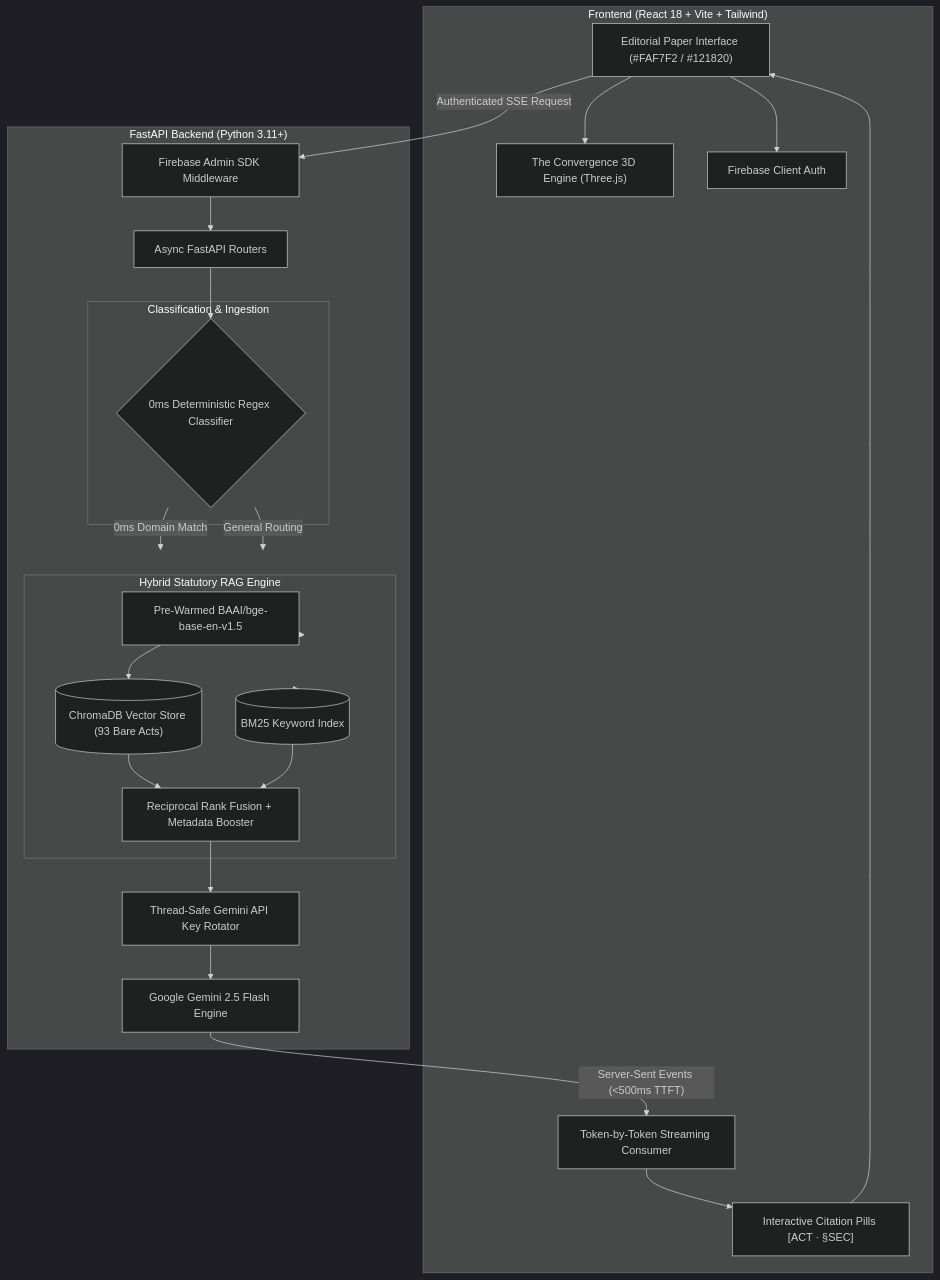
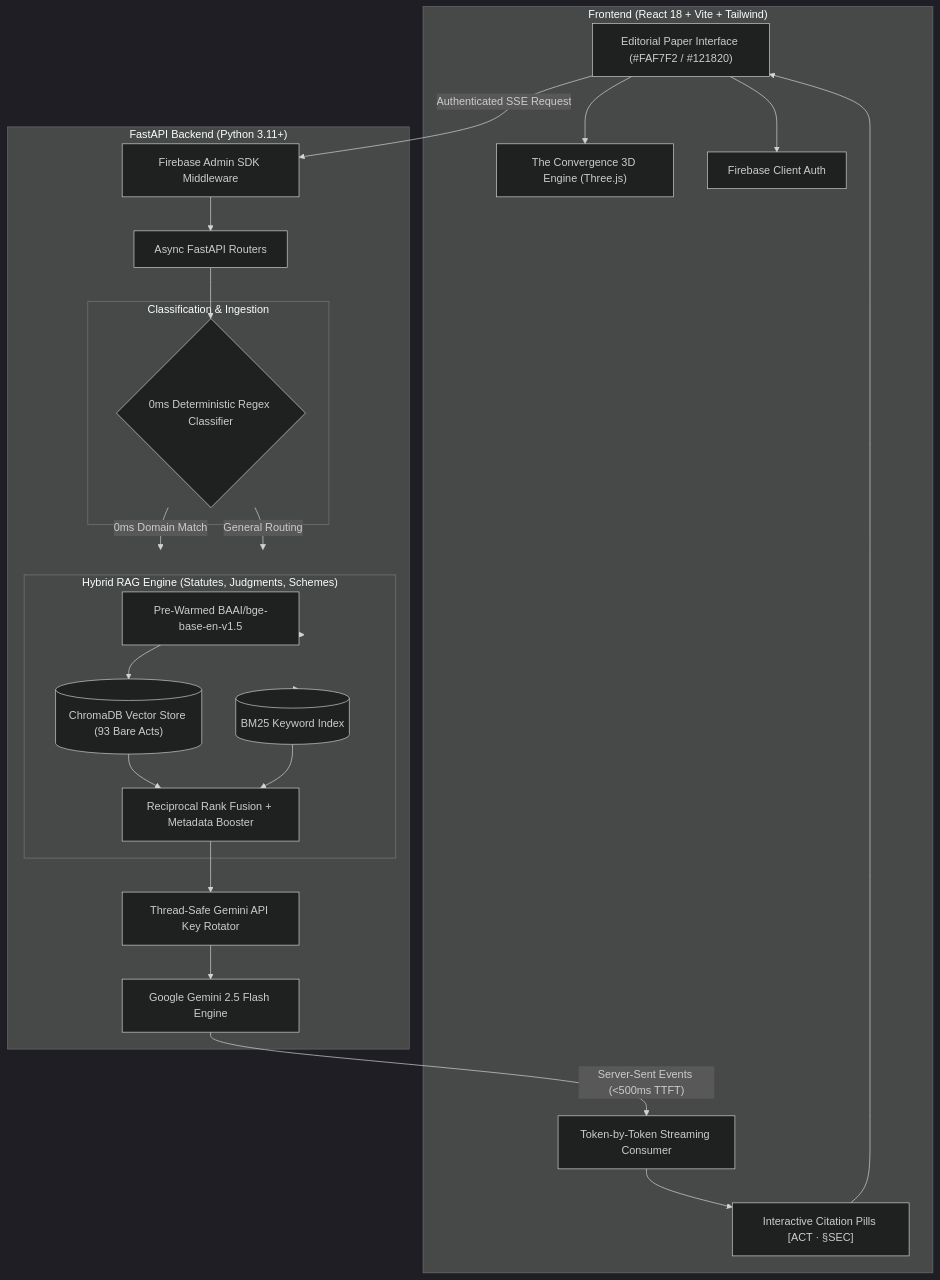
One commit to OOSC-4-0-Hackathon/OOSC_4.0-AI_SLAYERS changed the diagram in README.md. Above: the diagram before and after it, drawn with Mermaid (dark theme). The commit also changed other lines of this file, not shown here.

````diff
--- a/README.md
+++ b/README.md
@@ -105,48 +115,48 @@
 ```mermaid
 flowchart TD
     subgraph Client ["Frontend (React 18 + Vite + Tailwind)"]
         UI["Editorial Paper Interface (#FAF7F2 / #121820)"]
         Conv["The Convergence 3D Engine (Three.js)"]
         CitPill["Interactive Citation Pills [ACT · §SEC]"]
         Stream["Token-by-Token Streaming Consumer"]
         FAuth["Firebase Client Auth"]
     end
 
     subgraph Backend ["FastAPI Backend (Python 3.11+)"]
         AuthMid["Firebase Admin SDK Middleware"]
         Router["Async FastAPI Routers"]
         
         subgraph RoutingEngine ["Classification & Ingestion"]
             RegexRouter{"0ms Deterministic Regex Classifier"}
         end
         
-        subgraph RAGCore ["Hybrid Statutory RAG Engine"]
+        subgraph RAGCore ["Hybrid RAG Engine (Statutes, Judgments, Schemes)"]
             Embedder["Pre-Warmed BAAI/bge-base-en-v1.5"]
             Chroma[("ChromaDB Vector Store (93 Bare Acts)")]
             BM25[("BM25 Keyword Index")]
             RRF["Reciprocal Rank Fusion + Metadata Booster"]
         end
 
         KeyRotator["Thread-Safe Gemini API Key Rotator"]
         LLM["Google Gemini 2.5 Flash Engine"]
     end
 
     UI --> FAuth
     UI -- "Authenticated SSE Request" --> AuthMid
     AuthMid --> Router
     Router --> RegexRouter
     
     RegexRouter -- "0ms Domain Match" --> RAGCore
     RegexRouter -- "General Routing" --> RAGCore
     
     RAGCore --> Embedder
     Embedder --> Chroma
     RAGCore --> BM25
     Chroma & BM25 --> RRF
     RRF --> KeyRotator
     KeyRotator --> LLM
     LLM -- "Server-Sent Events (<500ms TTFT)" --> Stream
     Stream --> CitPill
     CitPill --> UI
     UI --> Conv
 ```
````
